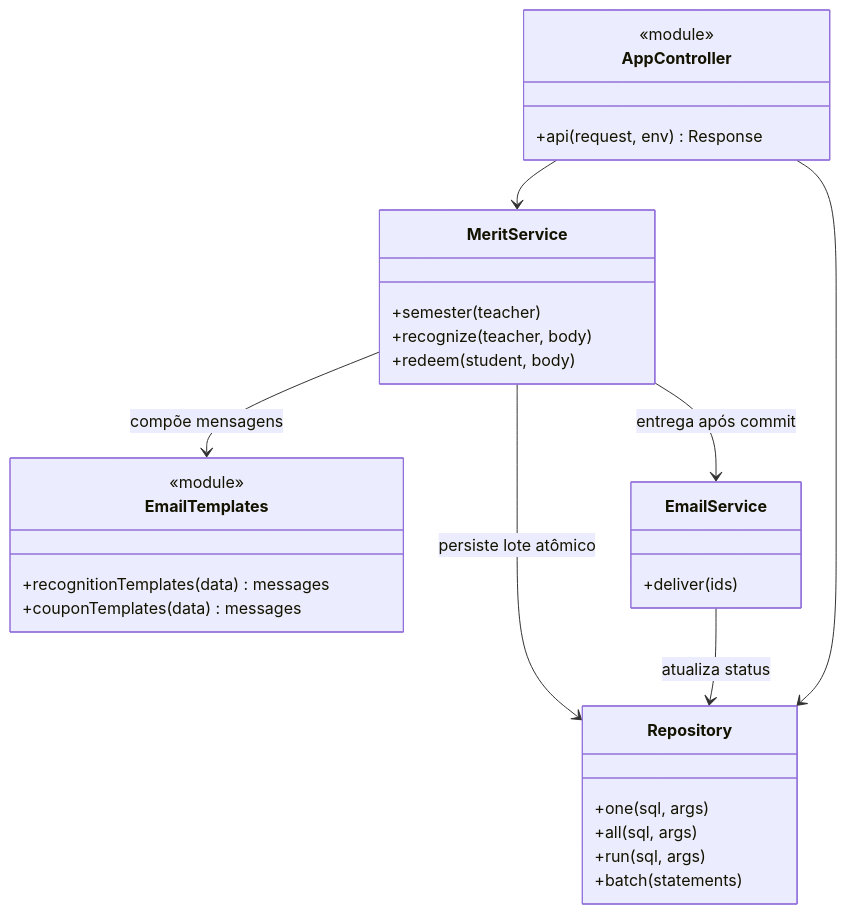
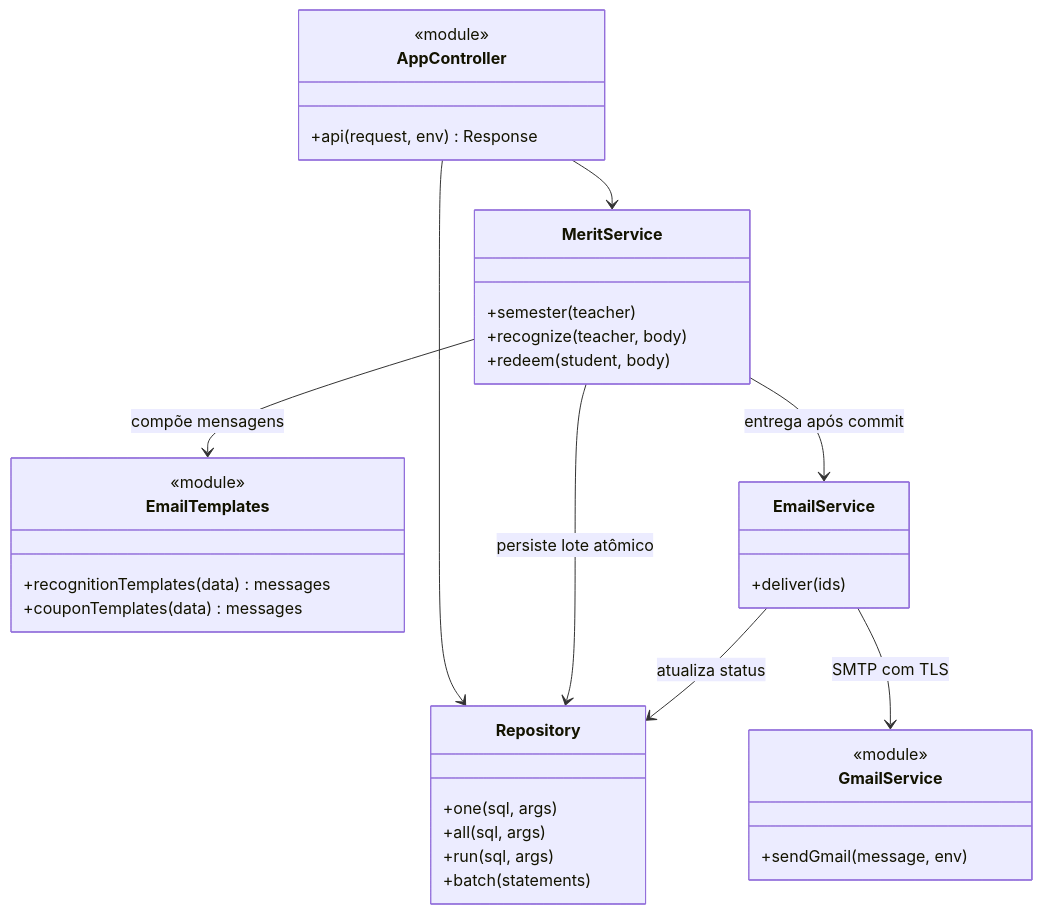
One commit to vianadv/sistemaMoedaEstudantil changed the first of 2 diagrams in docs/release-2/modelos.md. Above: the diagram before and after it, drawn with Mermaid. The commit also changed other lines of this file and 19 other files, not shown here.

````diff
--- a/docs/release-2/modelos.md
+++ b/docs/release-2/modelos.md
@@ -16,32 +16,37 @@
 ```mermaid
 classDiagram
   class AppController {
     <<module>>
     +api(request, env) Response
   }
   class MeritService {
     +semester(teacher)
     +recognize(teacher, body)
     +redeem(student, body)
   }
   class EmailTemplates {
     <<module>>
     +recognitionTemplates(data) messages
     +couponTemplates(data) messages
   }
   class EmailService {
     +deliver(ids)
   }
+  class GmailService {
+    <<module>>
+    +sendGmail(message, env)
+  }
   class Repository {
     +one(sql, args)
     +all(sql, args)
     +run(sql, args)
     +batch(statements)
   }
   AppController --> MeritService
   AppController --> Repository
   MeritService --> EmailTemplates : compõe mensagens
   MeritService --> Repository : persiste lote atômico
   MeritService --> EmailService : entrega após commit
   EmailService --> Repository : atualiza status
+  EmailService --> GmailService : SMTP com TLS
 ```
````
